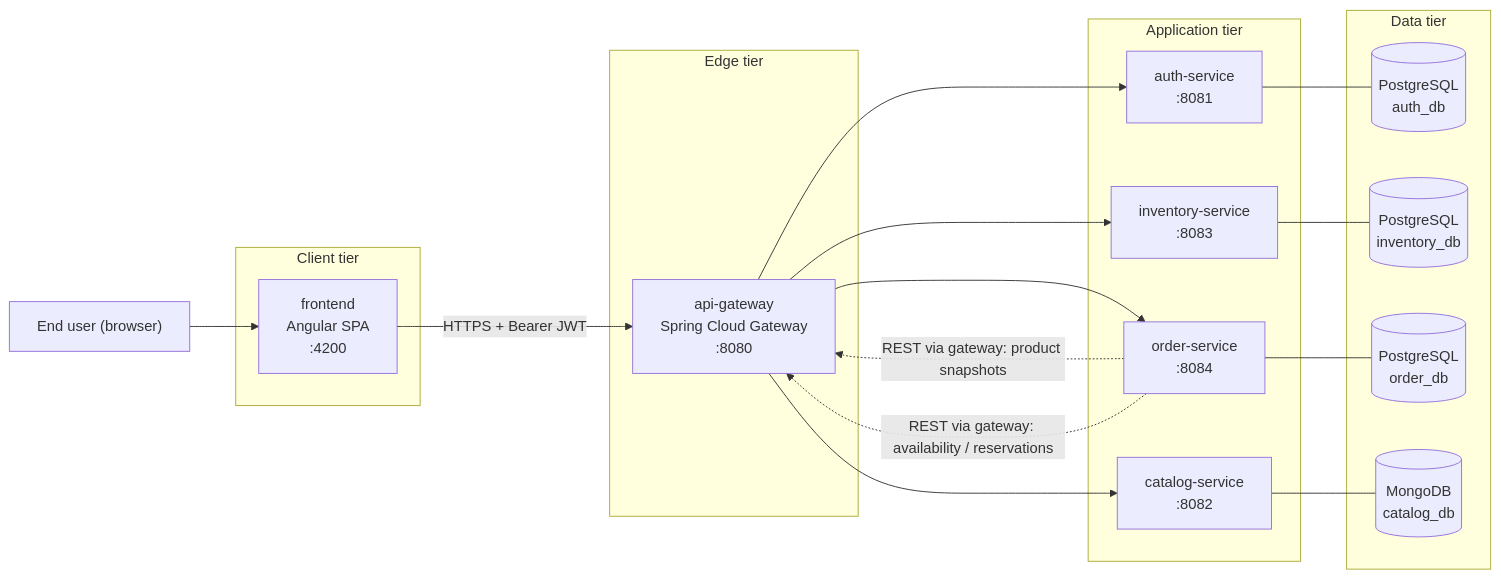
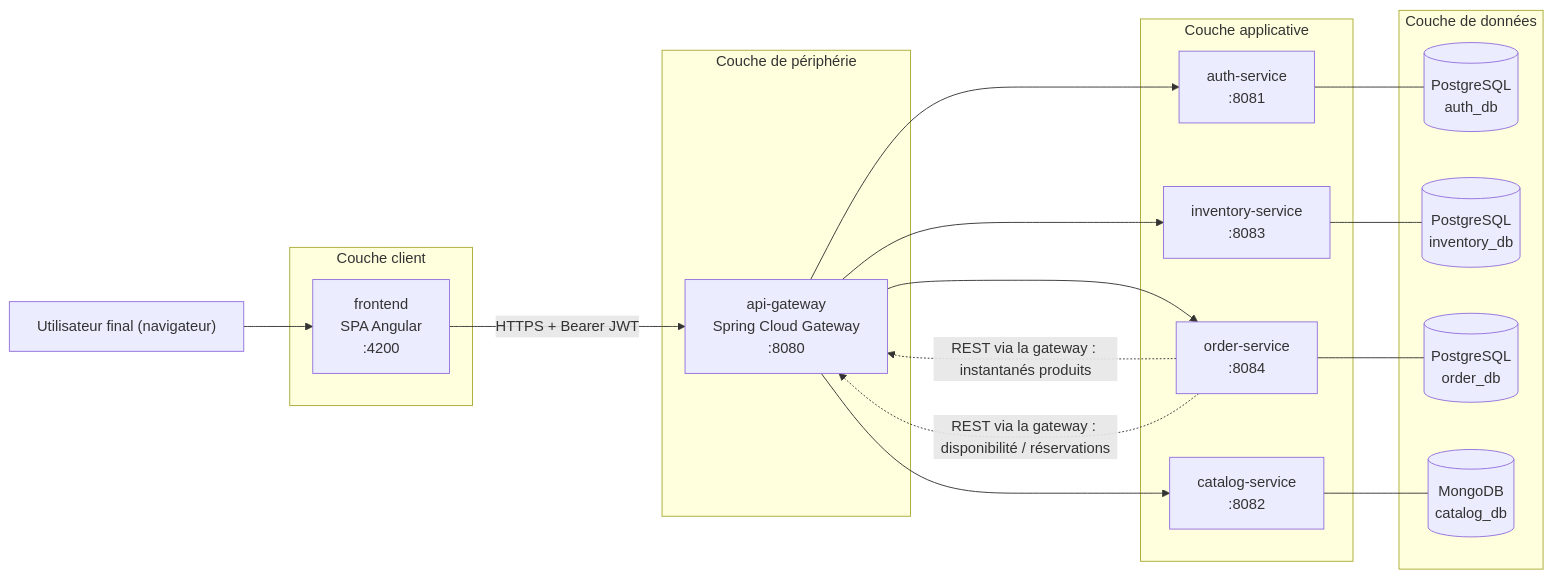
Before and after one commit to zakaech/logistics-microservices-platform: the first of 4 diagrams in docs/01-architecture.md, drawn with Mermaid. The commit also changed other lines of this file and 108 other files, not shown here.

````diff
--- a/docs/01-architecture.md
+++ b/docs/01-architecture.md
@@ -24,42 +24,42 @@
 ```mermaid
 flowchart LR
-    USER["End user (browser)"]
+    USER["Utilisateur final (navigateur)"]
 
-    subgraph CLIENT["Client tier"]
-        UI["frontend<br/>Angular SPA<br/>:4200"]
+    subgraph CLIENT["Couche client"]
+        UI["frontend<br/>SPA Angular<br/>:4200"]
     end
 
-    subgraph EDGE["Edge tier"]
+    subgraph EDGE["Couche de périphérie"]
         GW["api-gateway<br/>Spring Cloud Gateway<br/>:8080"]
     end
 
-    subgraph APP["Application tier"]
+    subgraph APP["Couche applicative"]
         AUTH["auth-service<br/>:8081"]
         CAT["catalog-service<br/>:8082"]
         INV["inventory-service<br/>:8083"]
         ORD["order-service<br/>:8084"]
     end
 
-    subgraph DATA["Data tier"]
+    subgraph DATA["Couche de données"]
         PGA[("PostgreSQL<br/>auth_db")]
         PGI[("PostgreSQL<br/>inventory_db")]
         PGO[("PostgreSQL<br/>order_db")]
         MDB[("MongoDB<br/>catalog_db")]
     end
 
     USER --> UI
     UI -- "HTTPS + Bearer JWT" --> GW
 
     GW --> AUTH
     GW --> CAT
     GW --> INV
     GW --> ORD
 
-    ORD -. "REST via gateway: product snapshots" .-> GW
-    ORD -. "REST via gateway: availability / reservations" .-> GW
+    ORD -. "REST via la gateway : instantanés produits" .-> GW
+    ORD -. "REST via la gateway : disponibilité / réservations" .-> GW
 
     AUTH --- PGA
     INV --- PGI
     ORD --- PGO
     CAT --- MDB
 ```
````
